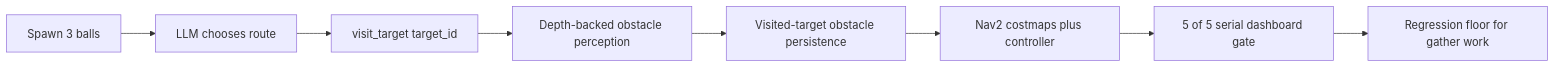
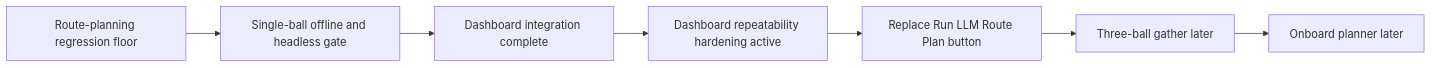
The diagram in docs/LLM_BROWSER_UAT_PLAN.md (fsmalkin/chasebot), drawn with Mermaid before and after one commit. The commit also changed other lines of this file and 1 other file, not shown here.

Commit message:
docs: mark corral dashboard repeatability as active blocker

````diff
--- a/docs/LLM_BROWSER_UAT_PLAN.md
+++ b/docs/LLM_BROWSER_UAT_PLAN.md
@@ -356,10 +359,9 @@
 ```mermaid
 flowchart LR
-    A[Spawn 3 balls] --> B[LLM chooses route]
-    B --> C[visit_target target_id]
-    C --> D[Depth-backed obstacle perception]
-    D --> E[Visited-target obstacle persistence]
-    E --> F[Nav2 costmaps plus controller]
-    F --> G[5 of 5 serial dashboard gate]
-    G --> H[Regression floor for gather work]
+    A[Route-planning regression floor] --> B[Single-ball offline and headless gate]
+    B --> C[Dashboard integration complete]
+    C --> D[Dashboard repeatability hardening active]
+    D --> E[Replace Run LLM Route Plan button]
+    E --> F[Three-ball gather later]
+    F --> G[Onboard planner later]
 ```
````
